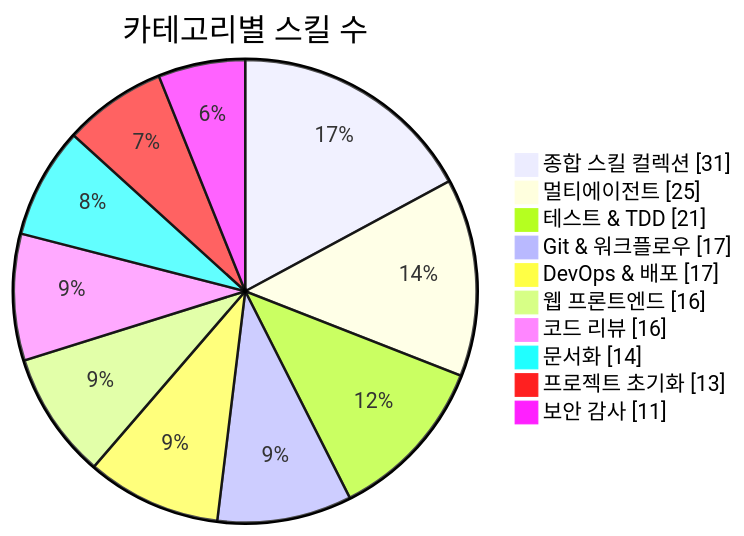
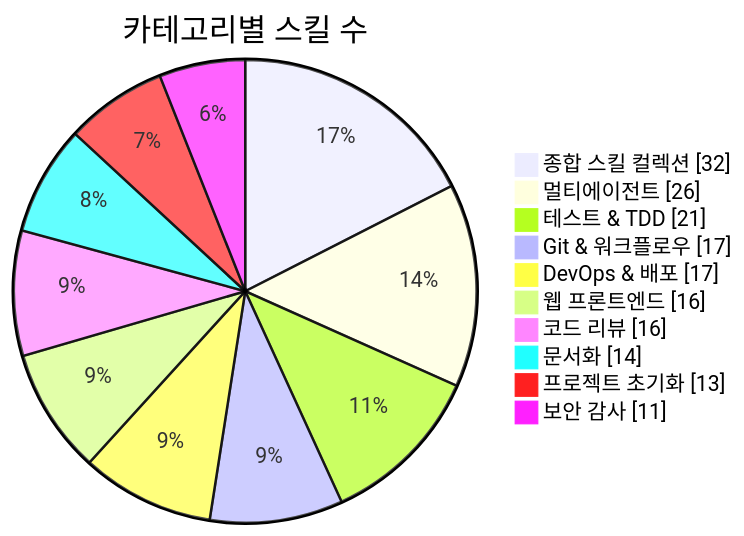
Before and after one commit to J-nowcow/awesome-korean-agent-skills: the first of 3 diagrams in README.md, drawn with Mermaid. The commit also changed other lines of this file and 5 other files, not shown here.

````diff
--- a/README.md
+++ b/README.md
@@ -176,14 +176,14 @@
 ```mermaid
 pie showData
     title 카테고리별 스킬 수
-    "종합 스킬 컬렉션" : 31
-    "멀티에이전트" : 25
+    "종합 스킬 컬렉션" : 32
+    "멀티에이전트" : 26
     "테스트 & TDD" : 21
     "Git & 워크플로우" : 17
     "DevOps & 배포" : 17
     "웹 프론트엔드" : 16
     "코드 리뷰" : 16
     "문서화" : 14
     "프로젝트 초기화" : 13
     "보안 감사" : 11
 ```
````
